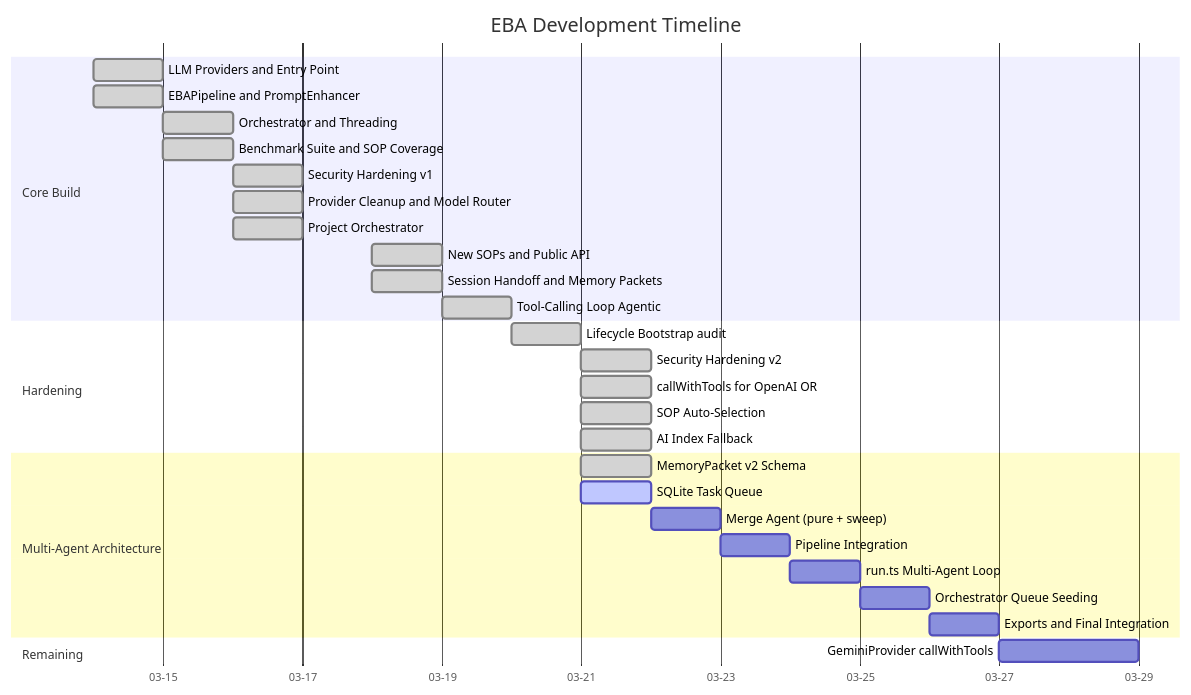
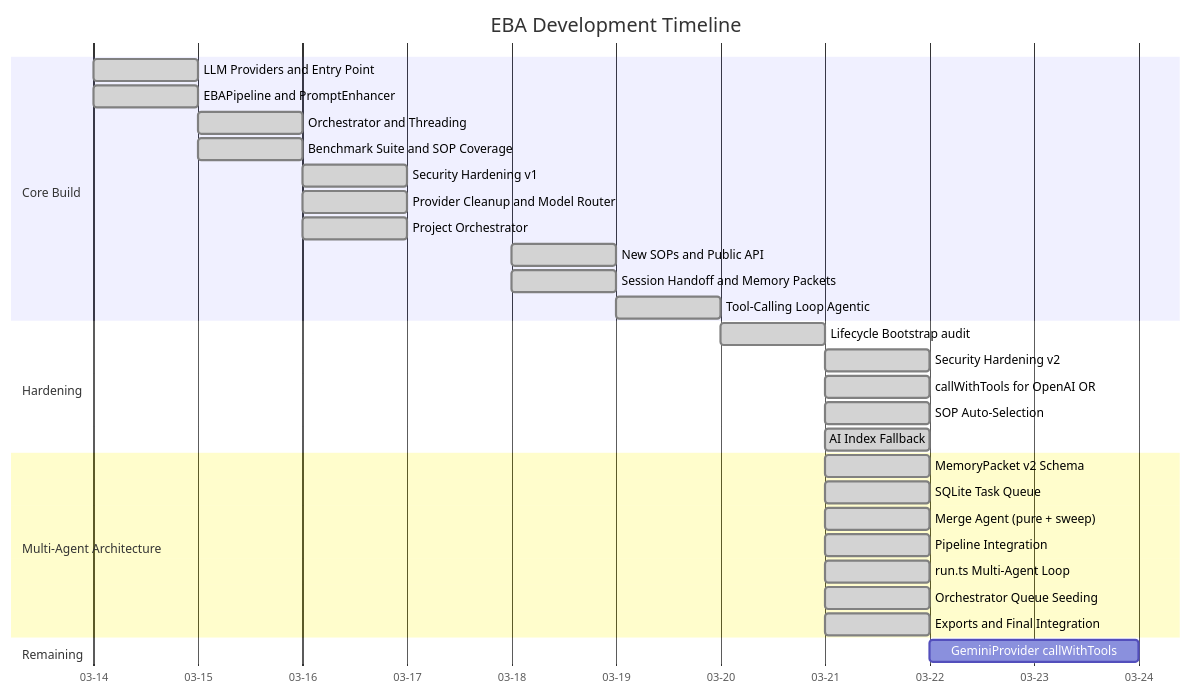
One commit to Cameron-Fulton/eba changed the third of 3 diagrams in lifecycle/project-summary.md. Above: the diagram before and after it, drawn with Mermaid. The commit also changed other lines of this file and 3 other files, not shown here.

Commit message:
chore: /harden multi-agent-arch — full feature review, solutions extracted, gantt complete

````diff
--- a/lifecycle/project-summary.md
+++ b/lifecycle/project-summary.md
@@ -222,37 +224,37 @@
 ```mermaid
 gantt
     title EBA Development Timeline
     dateFormat YYYY-MM-DD
     axisFormat %m-%d
 
     section Core Build
     LLM Providers and Entry Point      :done, p1a, 2026-03-14, 1d
     EBAPipeline and PromptEnhancer     :done, p1b, 2026-03-14, 1d
     Orchestrator and Threading         :done, p1c, 2026-03-15, 1d
     Benchmark Suite and SOP Coverage   :done, p2a, 2026-03-15, 1d
     Security Hardening v1              :done, p2b, 2026-03-16, 1d
     Provider Cleanup and Model Router  :done, p2c, 2026-03-16, 1d
     Project Orchestrator               :done, p2d, 2026-03-16, 1d
     New SOPs and Public API            :done, p3a, 2026-03-18, 1d
     Session Handoff and Memory Packets :done, p3b, 2026-03-18, 1d
     Tool-Calling Loop Agentic          :done, p4a, 2026-03-19, 1d
 
     section Hardening
     Lifecycle Bootstrap audit          :done, h1, 2026-03-20, 1d
     Security Hardening v2              :done, h2, 2026-03-21, 1d
     callWithTools for OpenAI OR        :done, h3, 2026-03-21, 1d
     SOP Auto-Selection                 :done, h4, 2026-03-21, 1d
     AI Index Fallback                  :done, h5, 2026-03-21, 1d
 
     section Multi-Agent Architecture
     MemoryPacket v2 Schema             :done, ma1, 2026-03-21, 1d
-    SQLite Task Queue                  :active, ma2, 2026-03-21, 1d
-    Merge Agent (pure + sweep)         :ma3, after ma2, 1d
-    Pipeline Integration               :ma4, after ma3, 1d
-    run.ts Multi-Agent Loop            :ma5, after ma4, 1d
-    Orchestrator Queue Seeding         :ma6, after ma5, 1d
-    Exports and Final Integration      :ma7, after ma6, 1d
+    SQLite Task Queue                  :done, ma2, 2026-03-21, 1d
+    Merge Agent (pure + sweep)         :done, ma3, 2026-03-21, 1d
+    Pipeline Integration               :done, ma4, 2026-03-21, 1d
+    run.ts Multi-Agent Loop            :done, ma5, 2026-03-21, 1d
+    Orchestrator Queue Seeding         :done, ma6, 2026-03-21, 1d
+    Exports and Final Integration      :done, ma7, 2026-03-21, 1d
 
     section Remaining
     GeminiProvider callWithTools       :r3, after ma7, 2d
 ```
````
